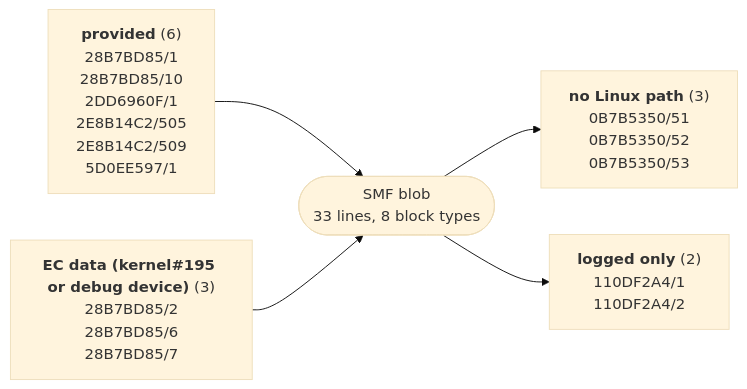
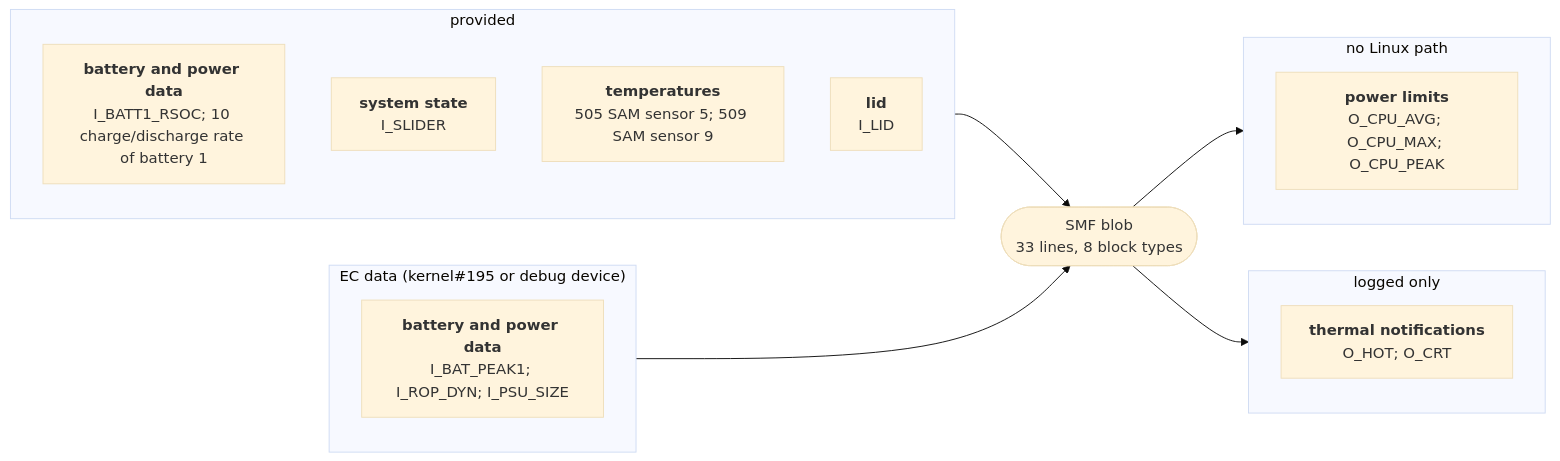
Before and after one commit to larsschellhas/linux-surface-power: the diagram in docs/devices/surface-laptop-3-amd.md, drawn with Mermaid (base theme). The commit also changed other lines of this file and 31 other files, not shown here.

First line of the commit message:
Rate devices by their outputs; complete device diagrams

````diff
--- a/docs/devices/surface-laptop-3-amd.md
+++ b/docs/devices/surface-laptop-3-amd.md
@@ -17,8 +19,23 @@
 ```mermaid
 flowchart LR
-    I0["<b>provided</b> (6)<br/>28B7BD85/1<br/>28B7BD85/10<br/>2DD6960F/1<br/>2E8B14C2/505<br/>2E8B14C2/509<br/>5D0EE597/1"] --> B
-    I1["<b>EC data (kernel#195 or debug device)</b> (3)<br/>28B7BD85/2<br/>28B7BD85/6<br/>28B7BD85/7"] --> B
+    subgraph IN0["provided"]
+        I0_28B7BD85["<b>battery and power data</b><br/>I_BATT1_RSOC; 10 charge/discharge rate of battery 1"]
+        I0_2DD6960F["<b>system state</b><br/>I_SLIDER"]
+        I0_2E8B14C2["<b>temperatures</b><br/>505 SAM sensor 5; 509 SAM sensor 9"]
+        I0_5D0EE597["<b>lid</b><br/>I_LID"]
+    end
+    IN0 --> B
+    subgraph IN1["EC data (kernel#195 or debug device)"]
+        I1_28B7BD85["<b>battery and power data</b><br/>I_BAT_PEAK1; I_ROP_DYN; I_PSU_SIZE"]
+    end
+    IN1 --> B
     B(["SMF blob<br/>33 lines, 8 block types"])
-    B --> O0["<b>no Linux path</b> (3)<br/>0B7B5350/51<br/>0B7B5350/52<br/>0B7B5350/53"]
-    B --> O1["<b>logged only</b> (2)<br/>110DF2A4/1<br/>110DF2A4/2"]
+    subgraph OUT0["no Linux path"]
+        O0_0B7B5350["<b>power limits</b><br/>O_CPU_AVG; O_CPU_MAX; O_CPU_PEAK"]
+    end
+    B --> OUT0
+    subgraph OUT1["logged only"]
+        O1_110DF2A4["<b>thermal notifications</b><br/>O_HOT; O_CRT"]
+    end
+    B --> OUT1
 ```
````
